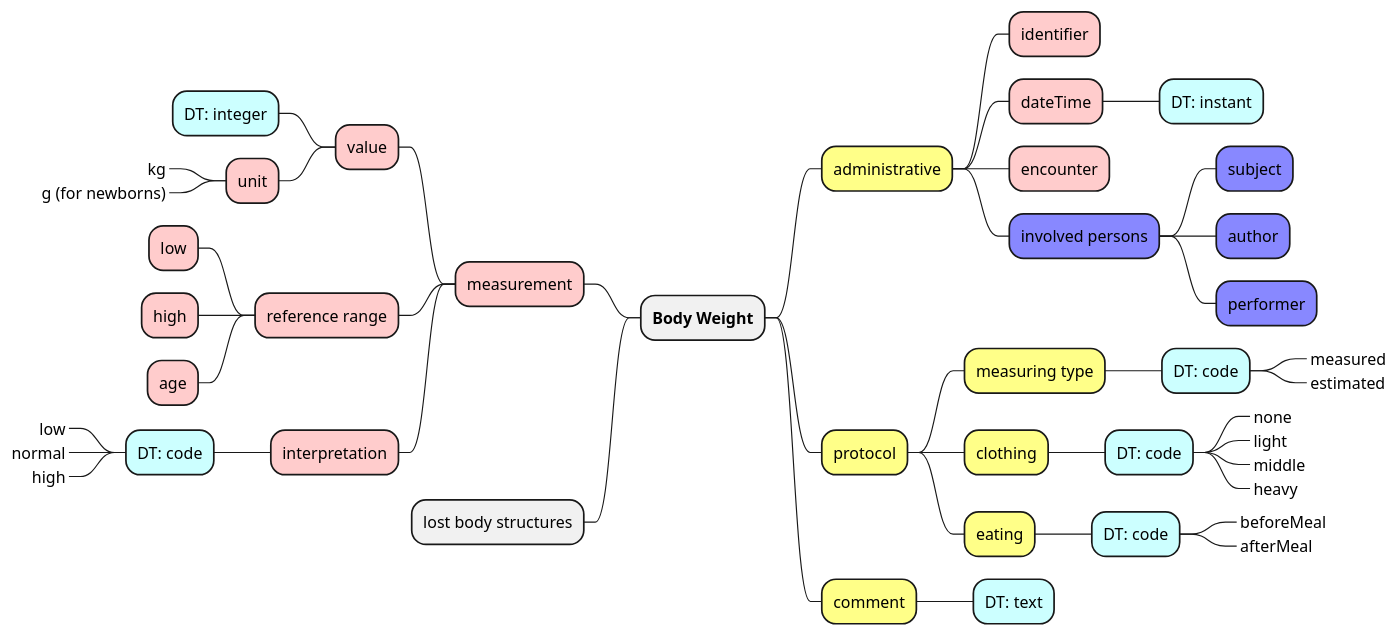
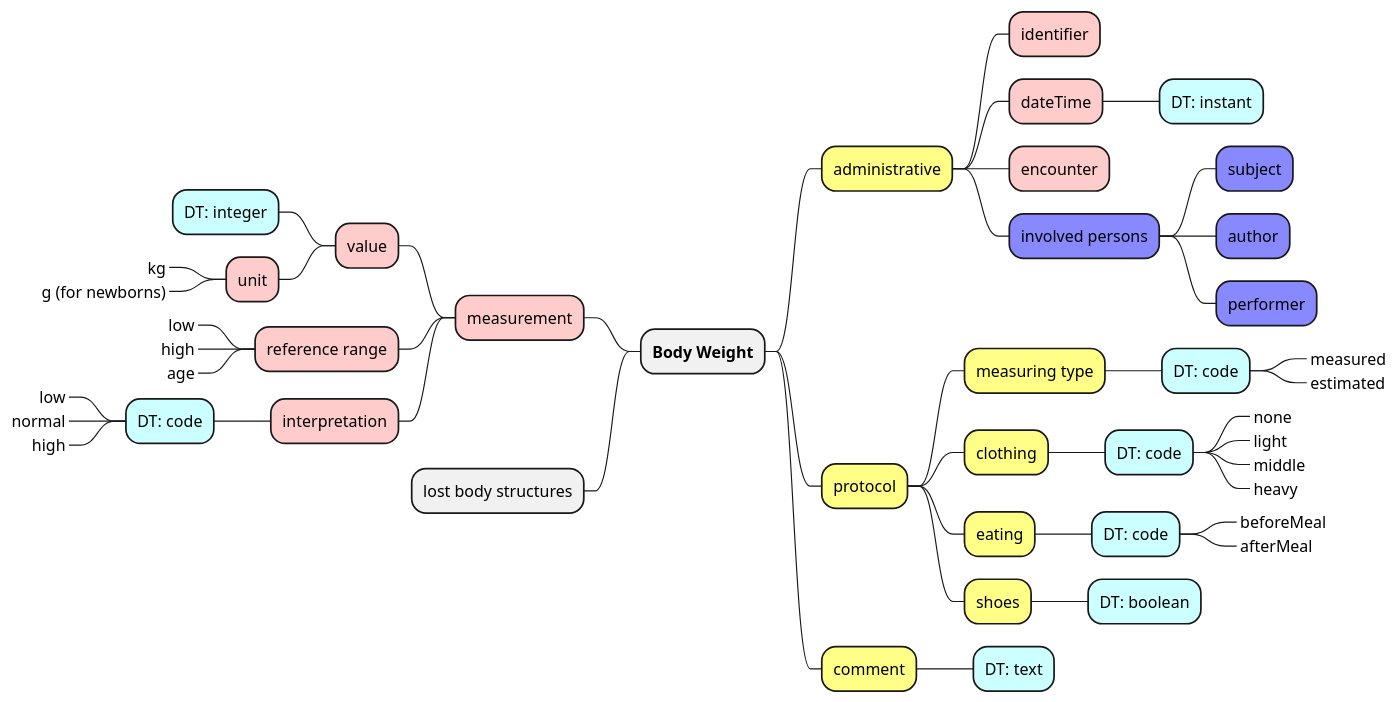
One commit to frankoemig/vital-signs-demo changed the diagram in input/images-source/body_weight_mm.plantuml. Above: the diagram before and after it, drawn with PlantUML. The commit also changed 16 other files, not shown here.

```diff
--- a/input/images-source/body_weight_mm.plantuml
+++ b/input/images-source/body_weight_mm.plantuml
@@ -1,52 +1,56 @@
 @startmindmap
+
+skinparam svgDimensionStyle false
 
 + **Body Weight**
 --[#fcc] measurement
 ---[#fcc] value
 ----[#cff] DT: integer
 ----[#fcc] unit
 -----_ kg
 -----_ g (for newborns)
 ---[#fcc] reference range
-----[#fcc] low
-----[#fcc] high
-----[#fcc] age
+----_ low
+----_ high
+----_ age
 ---[#fcc] interpretation
 ----[#cff] DT: code
 -----_ low
 -----_ normal
 -----_ high
 
 -- lost body structures
 
 ++[#ff8] administrative
 +++[#fcc] identifier
 +++[#fcc] dateTime
 ++++[#cff] DT: instant
 +++[#fcc] encounter
 
 +++[#88f] involved persons
 ++++[#88f] subject
 ++++[#88f] author
 ++++[#88f] performer
 
 
 ++[#ff8] protocol
 +++[#ff8] measuring type
 ++++[#cff] DT: code
 +++++_ measured
 +++++_ estimated
 +++[#ff8] clothing
 ++++[#cff] DT: code
 +++++_ none
 +++++_ light
 +++++_ middle
 +++++_ heavy
 +++[#ff8] eating
 ++++[#cff] DT: code
 +++++_ beforeMeal
 +++++_ afterMeal
++++[#ff8] shoes
+++++[#cff] DT: boolean
 ++[#ff8] comment
 +++[#cff] DT: text
 
 @endmindmap
```
